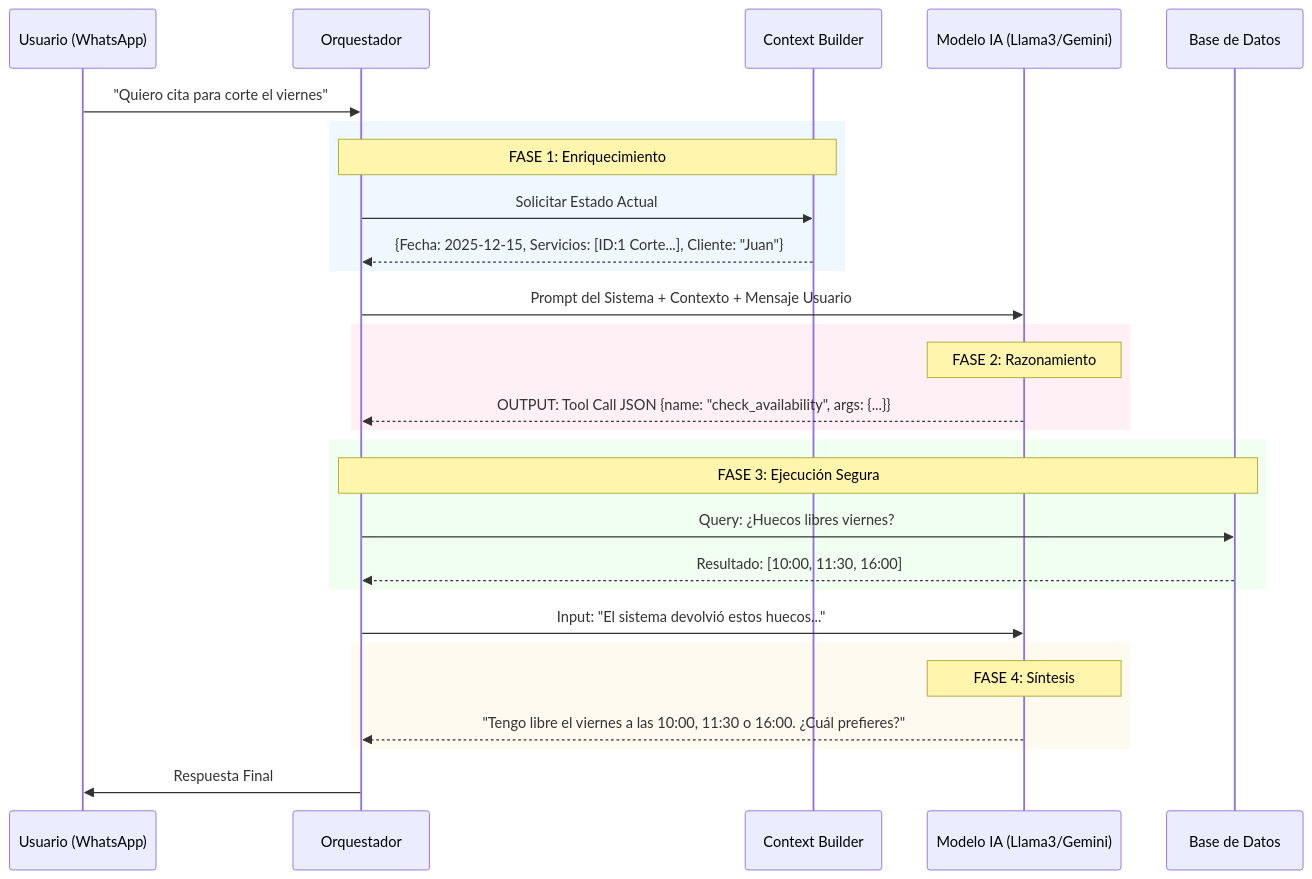
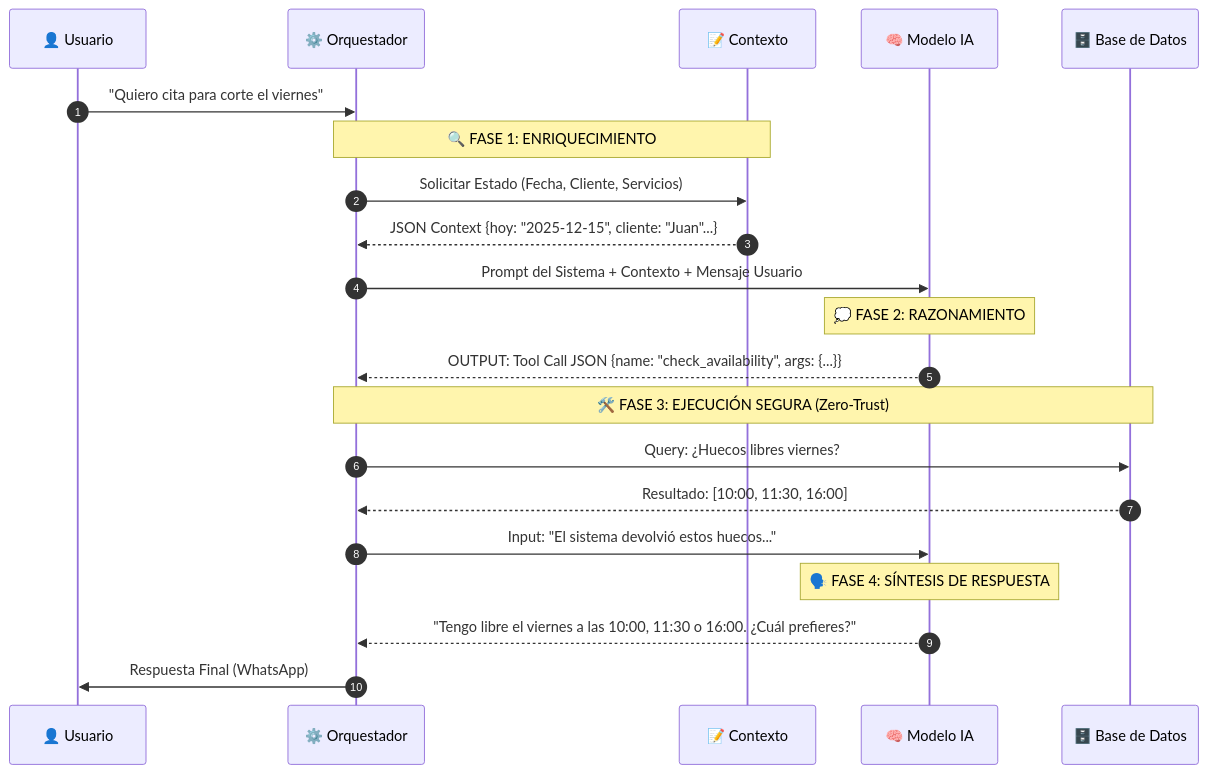
Before and after one commit to R3v180/AgendIA-docs: the diagram in AI_WORKFLOW.md, drawn with Mermaid. The commit also changed other lines of this file, not shown here.

Commit message:
Finalize documentation structure and links

````diff
--- a/AI_WORKFLOW.md
+++ b/AI_WORKFLOW.md
@@ -11,38 +11,31 @@
 ```mermaid
 sequenceDiagram
-    participant User as Usuario (WhatsApp)
-    participant Orch as Orquestador
-    participant Context as Context Builder
-    participant LLM as Modelo IA (Llama3/Gemini)
-    participant DB as Base de Datos
+    autonumber
+    participant User as 👤 Usuario
+    participant Orch as ⚙️ Orquestador
+    participant Context as 📝 Contexto
+    participant LLM as 🧠 Modelo IA
+    participant DB as 🗄️ Base de Datos
 
     User->>Orch: "Quiero cita para corte el viernes"
 
-    rect rgb(240, 248, 255)
-        Note over Orch, Context: FASE 1: Enriquecimiento
-        Orch->>Context: Solicitar Estado Actual
-        Context-->>Orch: {Fecha: 2025-12-15, Servicios: [ID:1 Corte...], Cliente: "Juan"}
-    end
+    Note over Orch, Context: 🔍 FASE 1: ENRIQUECIMIENTO
+    Orch->>Context: Solicitar Estado (Fecha, Cliente, Servicios)
+    Context-->>Orch: JSON Context {hoy: "2025-12-15", cliente: "Juan"...}
 
     Orch->>LLM: Prompt del Sistema + Contexto + Mensaje Usuario
 
-    rect rgb(255, 240, 245)
-        Note over LLM: FASE 2: Razonamiento
-        LLM-->>Orch: OUTPUT: Tool Call JSON {name: "check_availability", args: {...}}
-    end
+    Note over LLM: 💭 FASE 2: RAZONAMIENTO
+    LLM-->>Orch: OUTPUT: Tool Call JSON {name: "check_availability", args: {...}}
 
-    rect rgb(240, 255, 240)
-        Note over Orch, DB: FASE 3: Ejecución Segura
-        Orch->>DB: Query: ¿Huecos libres viernes?
-        DB-->>Orch: Resultado: [10:00, 11:30, 16:00]
-    end
+    Note over Orch, DB: 🛠️ FASE 3: EJECUCIÓN SEGURA (Zero-Trust)
+    Orch->>DB: Query: ¿Huecos libres viernes?
+    DB-->>Orch: Resultado: [10:00, 11:30, 16:00]
 
     Orch->>LLM: Input: "El sistema devolvió estos huecos..."
 
-    rect rgb(255, 250, 240)
-        Note over LLM: FASE 4: Síntesis
-        LLM-->>Orch: "Tengo libre el viernes a las 10:00, 11:30 o 16:00. ¿Cuál prefieres?"
-    end
+    Note over LLM: 🗣️ FASE 4: SÍNTESIS DE RESPUESTA
+    LLM-->>Orch: "Tengo libre el viernes a las 10:00, 11:30 o 16:00. ¿Cuál prefieres?"
 
-    Orch->>User: Respuesta Final
+    Orch->>User: Respuesta Final (WhatsApp)
 ```
````
